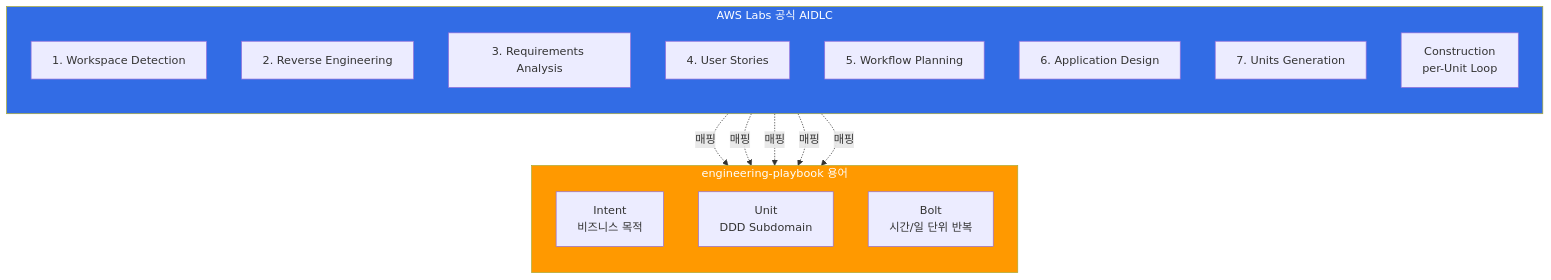
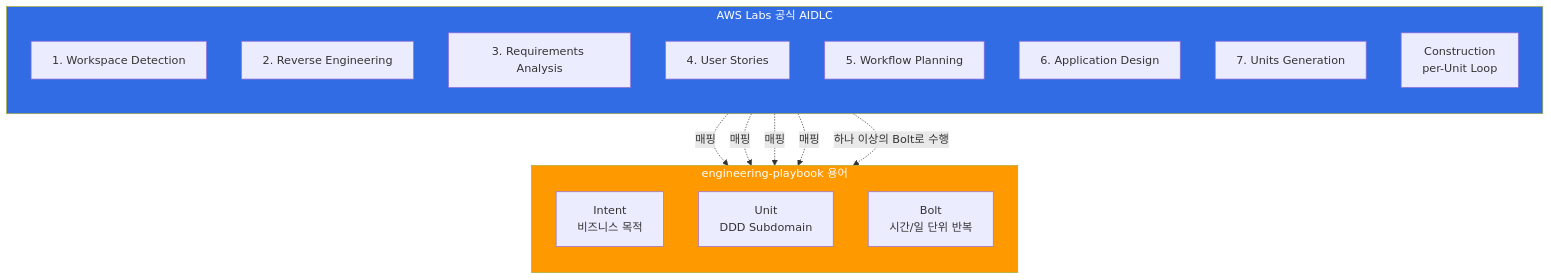
One commit to devfloor9/engineering-playbook changed the ninth of 9 diagrams in i18n/ko/docusaurus-plugin-content-docs/current/aidlc/methodology/adaptive-execution.md. Above: the diagram before and after it, drawn with Mermaid. The commit also changed other lines of this file and 13 other files, not shown here.

````diff
--- a/i18n/ko/docusaurus-plugin-content-docs/current/aidlc/methodology/adaptive-execution.md
+++ b/i18n/ko/docusaurus-plugin-content-docs/current/aidlc/methodology/adaptive-execution.md
@@ -443,30 +445,30 @@
 ```mermaid
 flowchart TB
     subgraph Official["AWS Labs 공식 AIDLC"]
         direction TB
         I1[1. Workspace Detection]
         I2[2. Reverse Engineering]
         I3[3. Requirements Analysis]
         I4[4. User Stories]
         I5[5. Workflow Planning]
         I6[6. Application Design]
         I7[7. Units Generation]
         C[Construction<br/>per-Unit Loop]
     end
 
     subgraph Playbook["engineering-playbook 용어"]
         direction TB
         INTENT[Intent<br/>비즈니스 목적]
         UNIT[Unit<br/>DDD Subdomain]
         BOLT[Bolt<br/>시간/일 단위 반복]
     end
 
     I1 -.매핑.-> INTENT
     I2 -.매핑.-> INTENT
     I3 -.매핑.-> INTENT
     I7 -.매핑.-> UNIT
-    C -.매핑.-> BOLT
+    C -.하나 이상의 Bolt로 수행.-> BOLT
 
     style Official fill:#326ce5,color:#fff
     style Playbook fill:#ff9900,color:#fff
 ```
````
